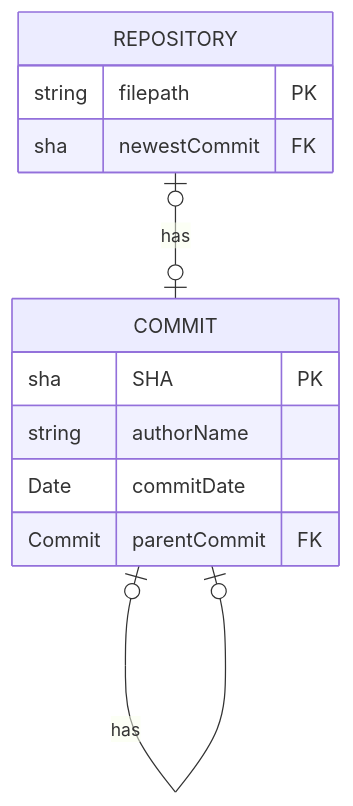
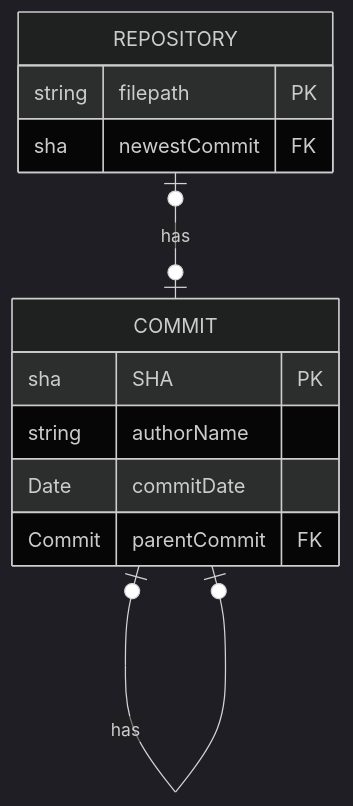
One commit to WilliamHeidemann/GitInsight changed the diagram in docs/DatabaseER.md. Above: the diagram before and after it, drawn with Mermaid. The commit also changed 2 other files, not shown here.

Commit message:
Adds a component diagram

````diff
--- a/docs/DatabaseER.md
+++ b/docs/DatabaseER.md
@@ -3,15 +3,16 @@
 ```mermaid
+%%{init: {'theme': 'dark' } }%%
 erDiagram
     REPOSITORY |o--o| COMMIT:  has
     COMMIT |o--o| COMMIT: has
     REPOSITORY {
         string filepath PK
         sha newestCommit FK
     }
     COMMIT {
         sha SHA PK
         string authorName
         Date commitDate
         Commit parentCommit FK
     }
 ```
````
